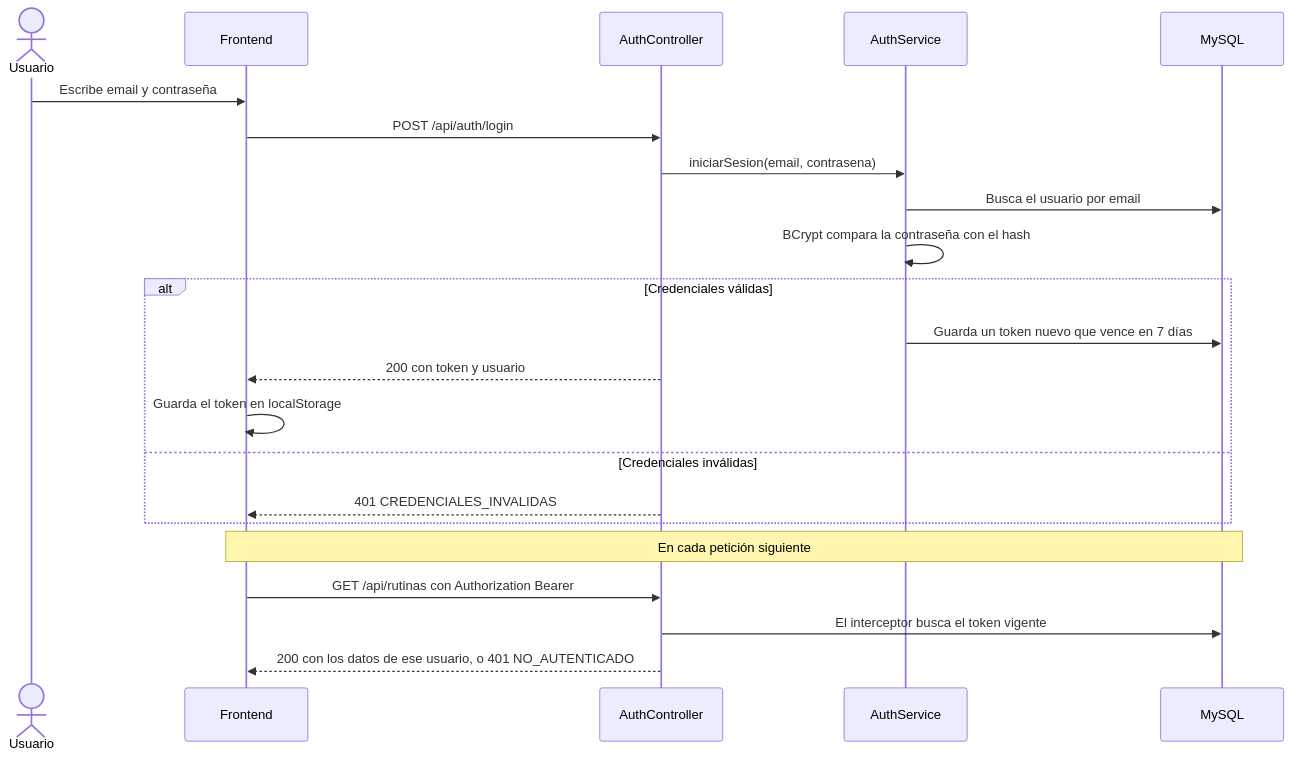
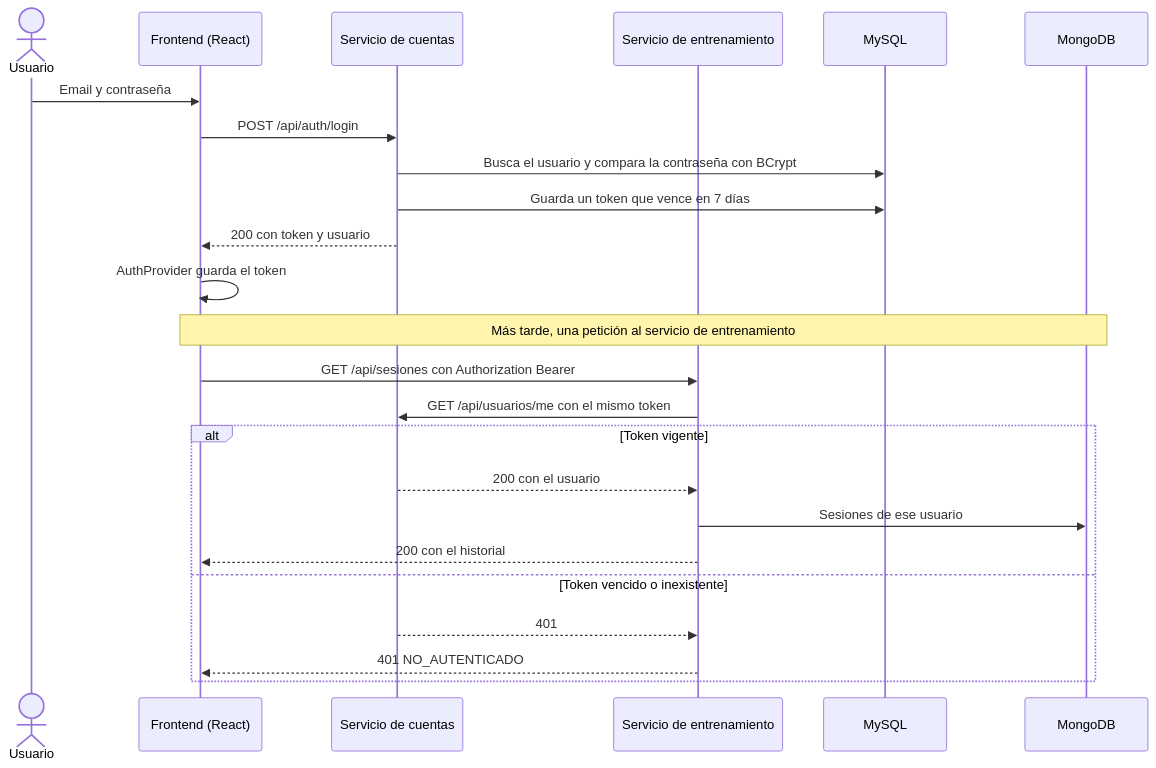
The fourth of 6 diagrams in docs/ARQUITECTURA.md (rancesra/gymrutine), drawn with Mermaid before and after one commit. The commit also changed other lines of this file and 14 other files, not shown here.

````diff
--- a/docs/ARQUITECTURA.md
+++ b/docs/ARQUITECTURA.md
@@ -89,26 +134,28 @@
 ```mermaid
 sequenceDiagram
     actor U as Usuario
-    participant F as Frontend
-    participant C as AuthController
-    participant S as AuthService
-    participant DB as MySQL
+    participant F as Frontend (React)
+    participant C as Servicio de cuentas
+    participant E as Servicio de entrenamiento
+    participant MY as MySQL
+    participant MG as MongoDB
 
-    U->>F: Escribe email y contraseña
+    U->>F: Email y contraseña
     F->>C: POST /api/auth/login
-    C->>S: iniciarSesion(email, contrasena)
-    S->>DB: Busca el usuario por email
-    S->>S: BCrypt compara la contraseña con el hash
-    alt Credenciales válidas
-        S->>DB: Guarda un token nuevo que vence en 7 días
-        C-->>F: 200 con token y usuario
-        F->>F: Guarda el token en localStorage
-    else Credenciales inválidas
-        C-->>F: 401 CREDENCIALES_INVALIDAS
+    C->>MY: Busca el usuario y compara la contraseña con BCrypt
+    C->>MY: Guarda un token que vence en 7 días
+    C-->>F: 200 con token y usuario
+    F->>F: AuthProvider guarda el token
+
+    Note over F,MG: Más tarde, una petición al servicio de entrenamiento
+    F->>E: GET /api/sesiones con Authorization Bearer
+    E->>C: GET /api/usuarios/me con el mismo token
+    alt Token vigente
+        C-->>E: 200 con el usuario
+        E->>MG: Sesiones de ese usuario
+        E-->>F: 200 con el historial
+    else Token vencido o inexistente
+        C-->>E: 401
+        E-->>F: 401 NO_AUTENTICADO
     end
-
-    Note over F,DB: En cada petición siguiente
-    F->>C: GET /api/rutinas con Authorization Bearer
-    C->>DB: El interceptor busca el token vigente
-    C-->>F: 200 con los datos de ese usuario, o 401 NO_AUTENTICADO
 ```
````
